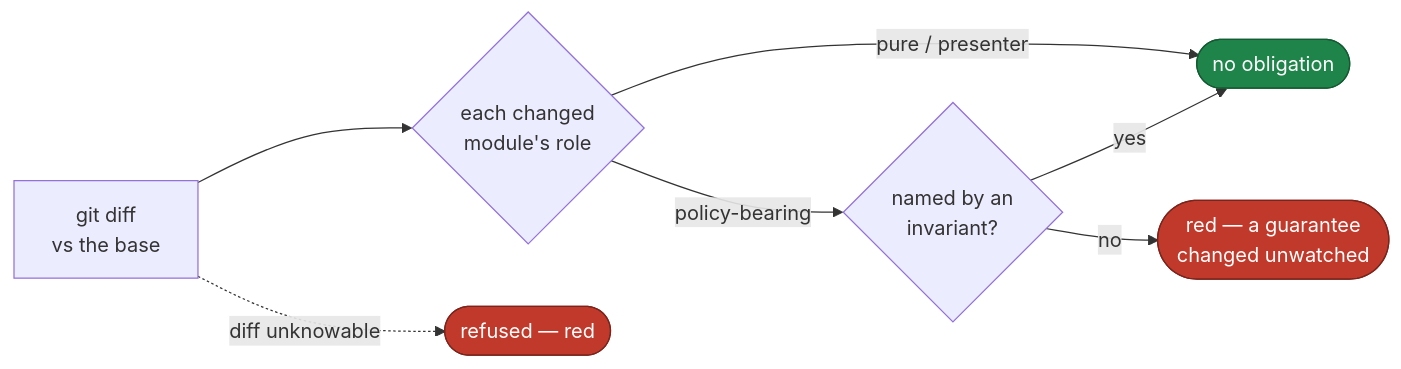
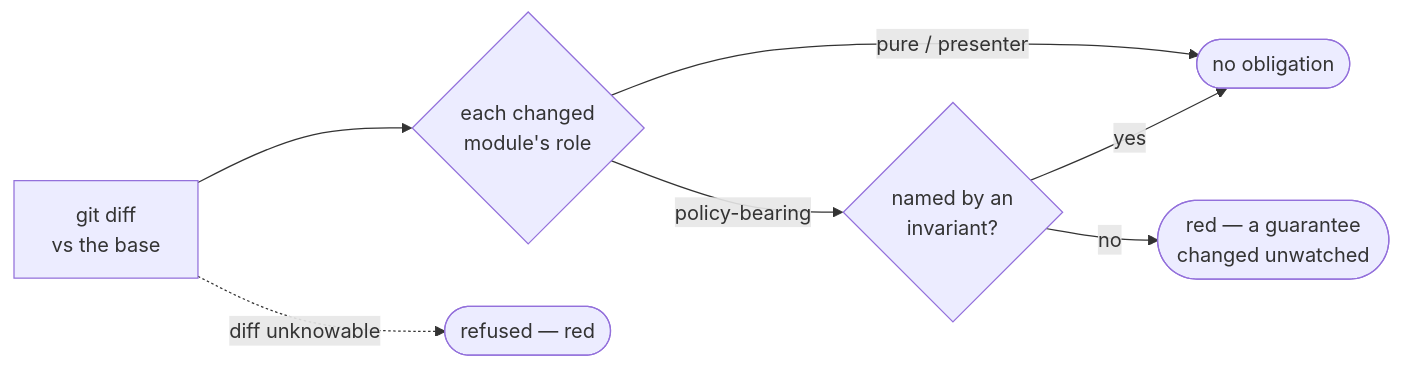
Before and after one commit to clintecker/celebrimbor: the second of 2 diagrams in docs/gate/ledgers.md, drawn with Mermaid. The commit also changed other lines of this file and 12 other files, not shown here.

First line of the commit message:
docs: fix diagram rendering — drop hardcoded mermaid colors, real table headers

````diff
--- a/docs/gate/ledgers.md
+++ b/docs/gate/ledgers.md
@@ -96,13 +92,9 @@
 ```mermaid
 flowchart LR
     D["git diff<br/>vs the base"] --> M{"each changed<br/>module's role"}
     M -->|"pure / presenter"| OK([no obligation])
     M -->|"policy-bearing"| I{"named by an<br/>invariant?"}
     I -->|yes| OK
     I -->|no| RED(["red — a guarantee<br/>changed unwatched"])
     D -.->|"diff unknowable"| REF([refused — red])
-    classDef red fill:#c0392b,stroke:#7b241c,color:#fff
-    classDef green fill:#1e8449,stroke:#145a32,color:#fff
-    class RED,REF red
-    class OK green
 ```
````
